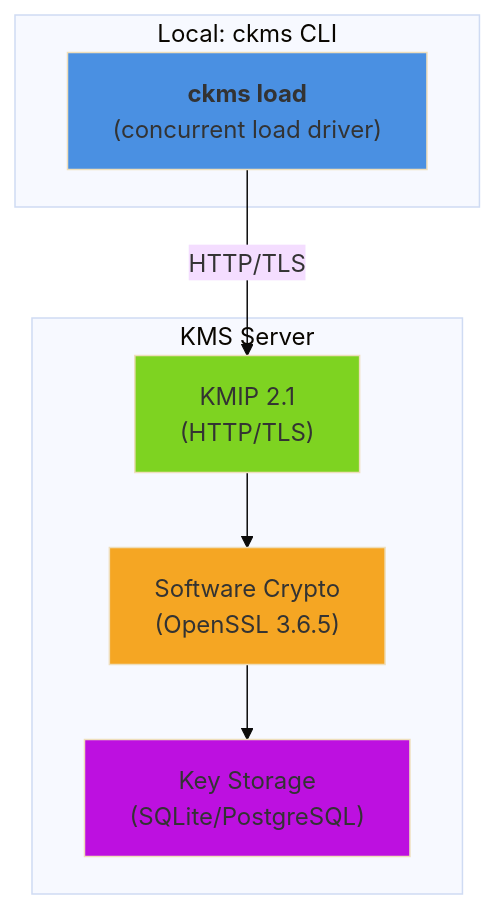
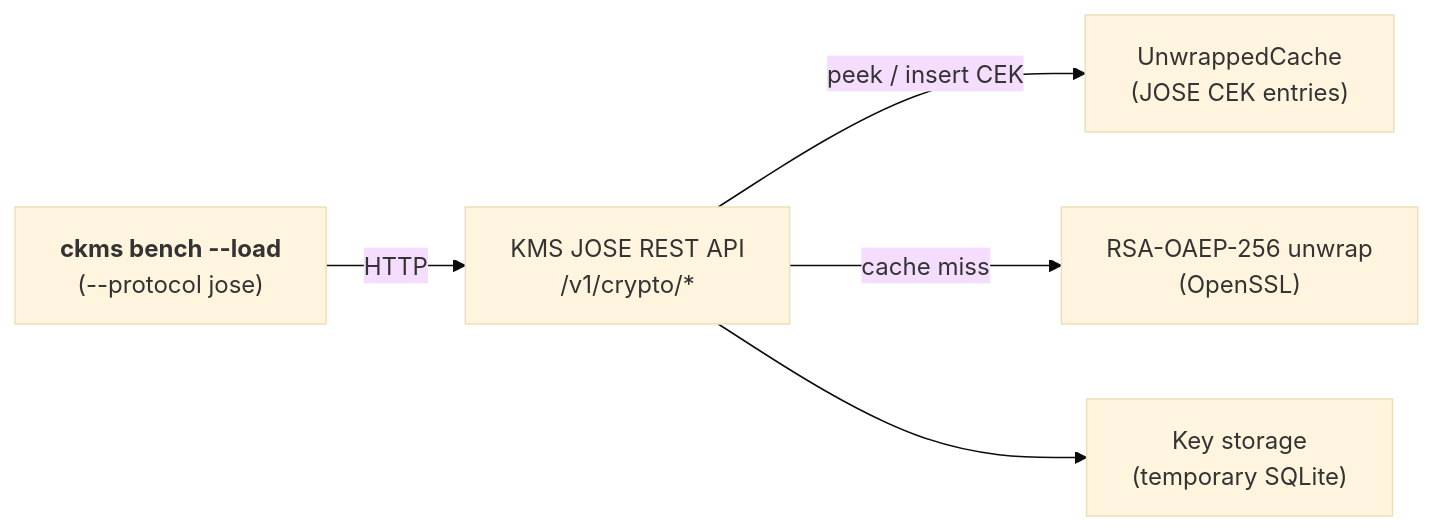
One commit to Cosmian/kms changed the diagram in documentation/docs/benchmarks/ckms_bench_jose_cache_on/report.md. Above: the diagram before and after it, drawn with Mermaid (base theme). The commit also changed other lines of this file and 23 other files, not shown here.

Commit message:
docs(bench): republish JOSE cache on/off reports

````diff
--- a/documentation/docs/benchmarks/ckms_bench_jose_cache_on/report.md
+++ b/documentation/docs/benchmarks/ckms_bench_jose_cache_on/report.md
@@ -86,21 +86,12 @@
 ```mermaid
-graph TB
-    subgraph cli["Local: ckms CLI"]
-        ckms["<b>ckms load</b><br/>(concurrent load driver)"]
-    end
-
-    subgraph srv["KMS Server"]
-        kmip["KMIP 2.1<br/>(HTTP/TLS)"]
-        crypto["Software Crypto<br/>(OpenSSL 3.6.5)"]
-        db["Key Storage<br/>(SQLite/PostgreSQL)"]
-    end
-
-    ckms -->|HTTP/TLS| kmip
-    kmip --> crypto
-    crypto --> db
-
-    style ckms fill:#4A90E2
-    style kmip fill:#7ED321
-    style crypto fill:#F5A623
-    style db fill:#BD10E0
+graph LR
+    ckms["<b>ckms bench --load</b><br/>(--protocol jose)"]
+    api["KMS JOSE REST API<br/>/v1/crypto/*"]
+    cache["UnwrappedCache<br/>(JOSE CEK entries)"]
+    rsa["RSA-OAEP-256 unwrap<br/>(OpenSSL)"]
+    db["Key storage<br/>(temporary SQLite)"]
+    ckms -->|HTTP| api
+    api -->|peek / insert CEK| cache
+    api -->|cache miss| rsa
+    api --> db
 ```
````
